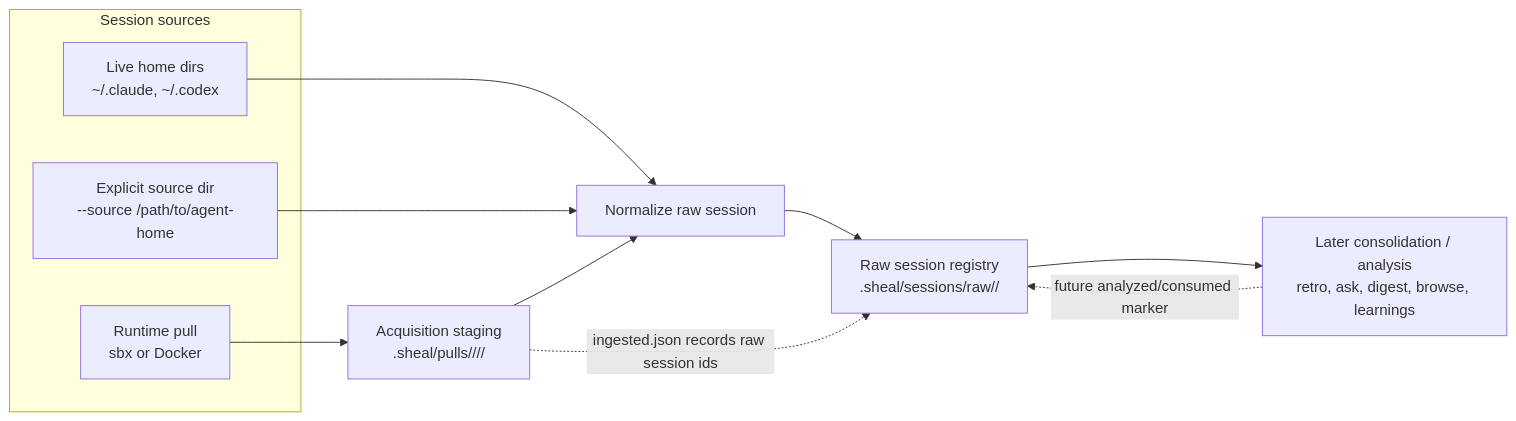
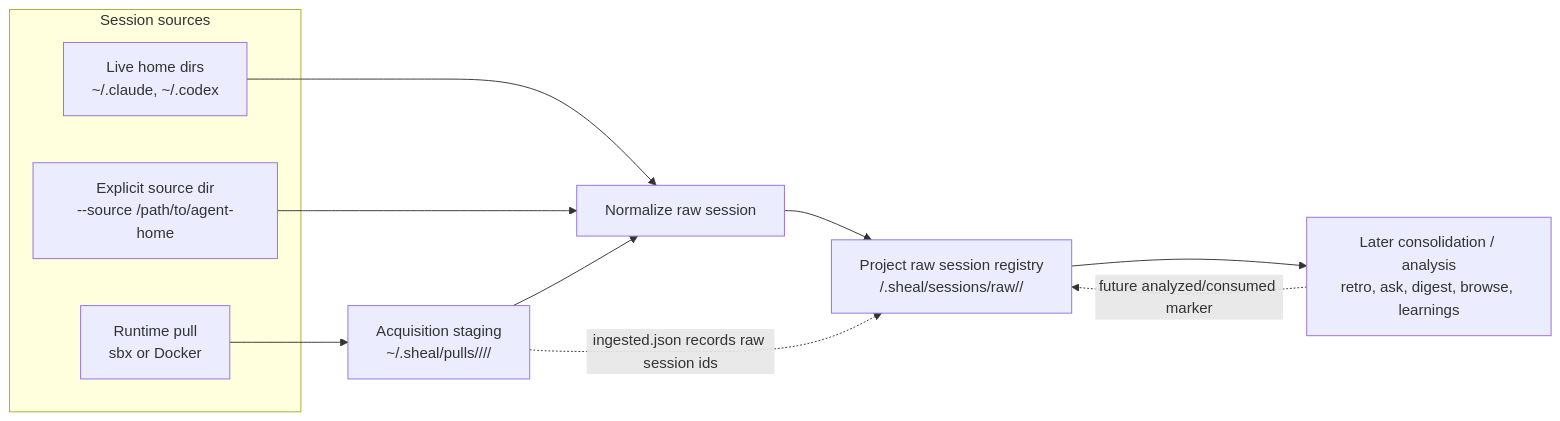
The diagram in docs/tasks/t3-normalize-pulled-sessions-into-raw-session-registry.md (liwala/sheal), drawn with Mermaid before and after one commit. The commit also changed other lines of this file and 1 other file, not shown here.

Commit message:
docs: record pull storage decision

````diff
--- a/docs/tasks/t3-normalize-pulled-sessions-into-raw-session-registry.md
+++ b/docs/tasks/t3-normalize-pulled-sessions-into-raw-session-registry.md
@@ -23,19 +23,19 @@
 ```mermaid
 flowchart LR
   subgraph Sources["Session sources"]
     Home["Live home dirs\n~/.claude, ~/.codex"]
     Given["Explicit source dir\n--source /path/to/agent-home"]
     Runtime["Runtime pull\nsbx or Docker"]
   end
 
-  Runtime --> Pull["Acquisition staging\n.sheal/pulls/<backend>/<name>/<timestamp>/"]
+  Runtime --> Pull["Acquisition staging\n~/.sheal/pulls/<backend>/<name>/<timestamp>/"]
   Home --> Normalize["Normalize raw session"]
   Given --> Normalize
   Pull --> Normalize
 
-  Normalize --> Raw["Raw session registry\n.sheal/sessions/raw/<stable-session-id>/"]
+  Normalize --> Raw["Project raw session registry\n<projectRoot>/.sheal/sessions/raw/<stable-session-id>/"]
 
   Raw --> Later["Later consolidation / analysis\nretro, ask, digest, browse, learnings"]
   Pull -. "ingested.json records raw session ids" .-> Raw
   Later -. "future analyzed/consumed marker" .-> Raw
 ```
````
